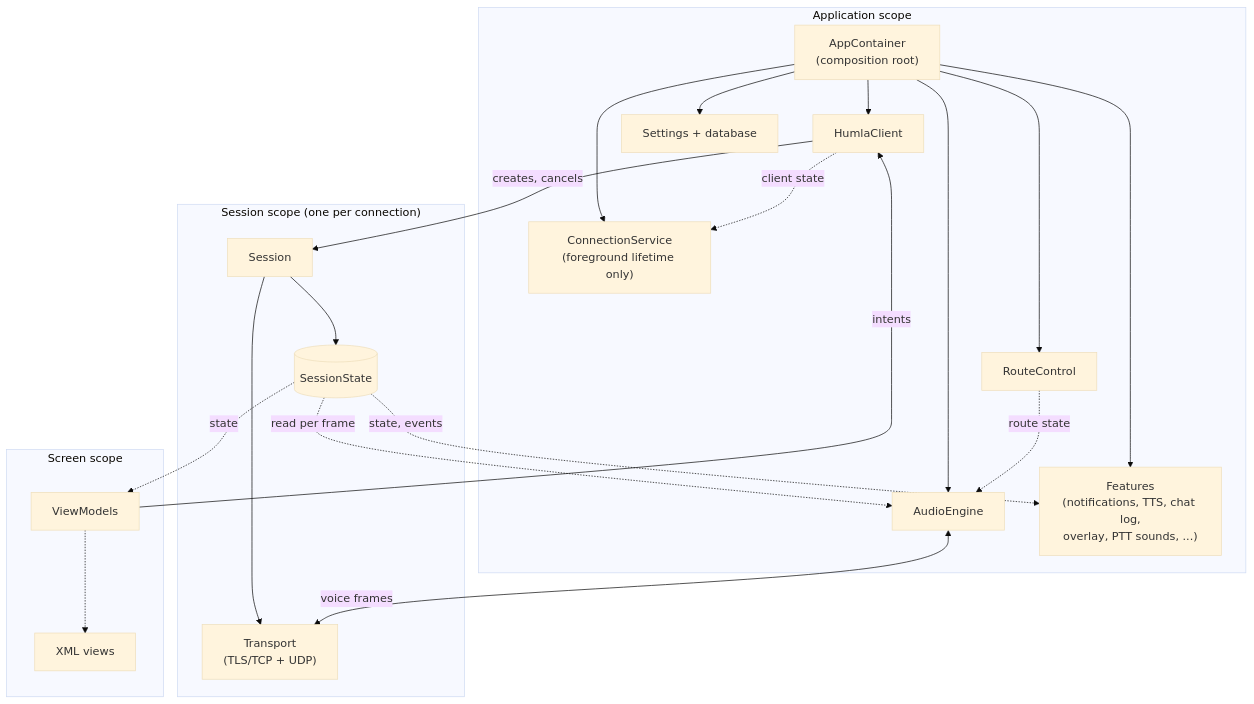
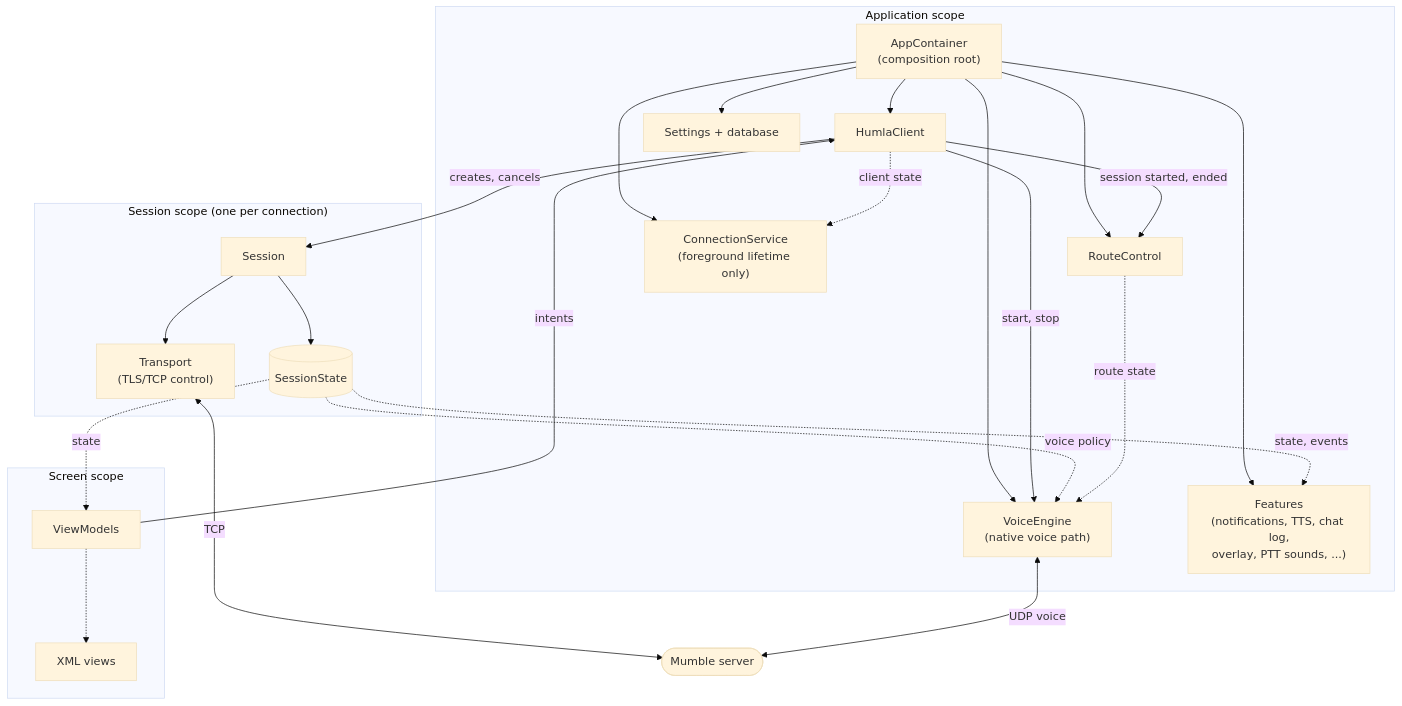
One commit to 360ied/mumla-oled changed the first of 2 diagrams in docs/tech-debt-whales/target-architecture.md. Above: the diagram before and after it, drawn with Mermaid (base theme). The commit also changed other lines of this file, not shown here.

````diff
--- a/docs/tech-debt-whales/target-architecture.md
+++ b/docs/tech-debt-whales/target-architecture.md
@@ -28,36 +32,41 @@
 ```mermaid
 flowchart TB
     subgraph App["Application scope"]
         ROOT["AppContainer<br/>(composition root)"]
         CL["HumlaClient"]
-        AE["AudioEngine"]
+        VE["VoiceEngine<br/>(native voice path)"]
         RC["RouteControl"]
         ST["Settings + database"]
         FEAT["Features<br/>(notifications, TTS, chat log,<br/>overlay, PTT sounds, ...)"]
         FG["ConnectionService<br/>(foreground lifetime only)"]
     end
 
     subgraph Sess["Session scope (one per connection)"]
         SE["Session"]
-        TR["Transport<br/>(TLS/TCP + UDP)"]
+        TR["Transport<br/>(TLS/TCP control)"]
         SS[("SessionState")]
     end
 
     subgraph Screen["Screen scope"]
         VM["ViewModels"]
         V["XML views"]
     end
 
-    ROOT --> CL & AE & RC & ST & FEAT & FG
+    SRV(["Mumble server"])
+
+    ROOT --> CL & VE & RC & ST & FEAT & FG
     CL -->|creates, cancels| SE
+    CL -->|start, stop| VE
+    CL -->|session started, ended| RC
     SE --> TR
     SE --> SS
     VM -->|intents| CL
     SS -.->|state| VM
     VM -.-> V
     SS -.->|state, events| FEAT
     CL -.->|client state| FG
-    RC -.->|route state| AE
-    SS -.->|read per frame| AE
-    AE <-->|voice frames| TR
+    SS -.->|voice policy| VE
+    RC -.->|route state| VE
+    TR <-->|TCP| SRV
+    VE <-->|UDP voice| SRV
 ```
````
